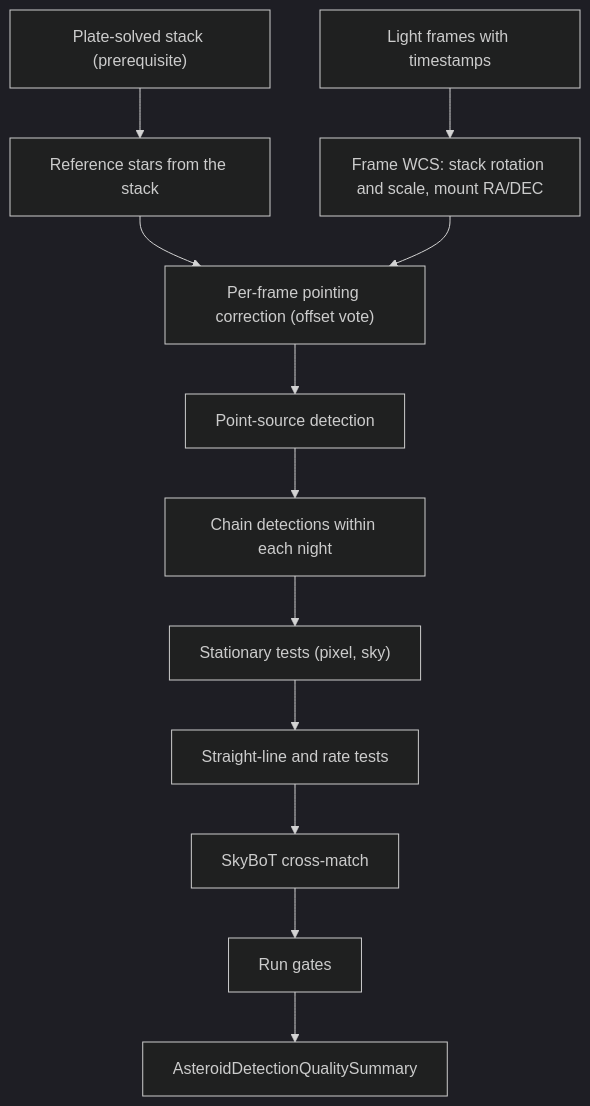
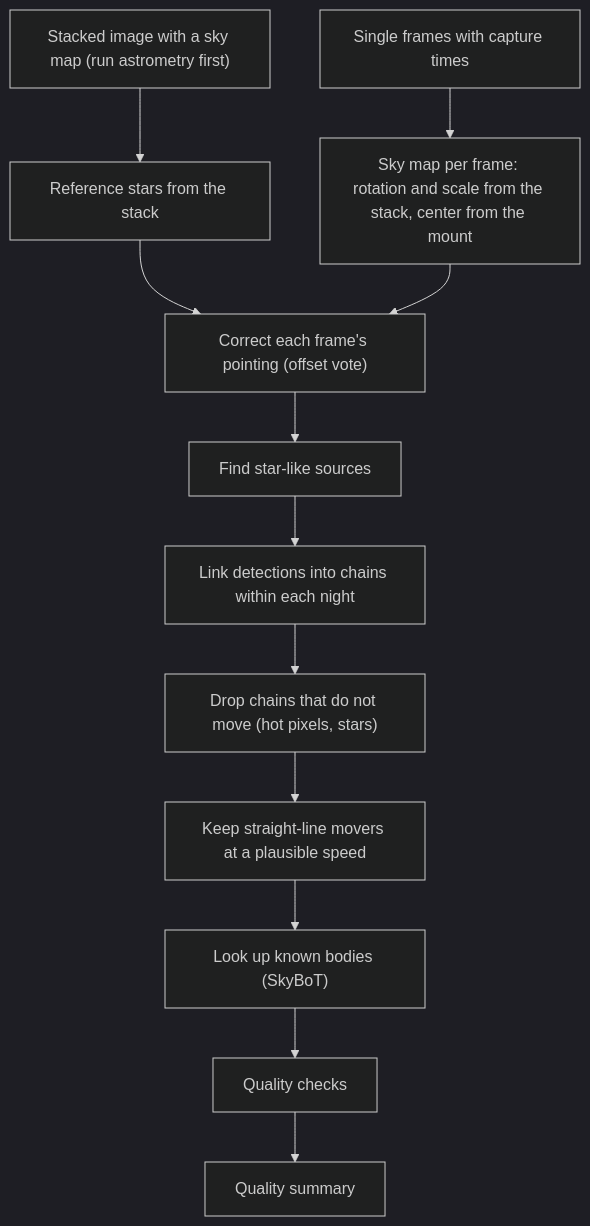
Before and after one commit to m1chae2/astrometrics: the diagram in documentation/library_design/pipelines/asteroid_detection.md, drawn with Mermaid (dark theme). The commit also changed other lines of this file and 37 other files, not shown here.

````diff
--- a/documentation/library_design/pipelines/asteroid_detection.md
+++ b/documentation/library_design/pipelines/asteroid_detection.md
@@ -20,14 +45,15 @@
 ```mermaid
 flowchart TD
-    A["Plate-solved stack (prerequisite)"] --> B["Reference stars from the stack"]
-    C["Light frames with timestamps"] --> D["Frame WCS: stack rotation and scale, mount RA/DEC"]
-    B --> E["Per-frame pointing correction (offset vote)"]
+    A["Stacked image with a sky map (run astrometry first)"] --> B["Reference stars from the stack"]
+    D["Sky map per frame: rotation and scale from the stack, center from the mount"]
+    C["Single frames with capture times"] --> D
+    B --> E["Correct each frame's pointing (offset vote)"]
     D --> E
-    E --> F["Point-source detection"]
-    F --> G["Chain detections within each night"]
-    G --> H["Stationary tests (pixel, sky)"]
-    H --> I["Straight-line and rate tests"]
-    I --> J["SkyBoT cross-match"]
-    J --> K["Run gates"]
-    K --> L["AsteroidDetectionQualitySummary"]
+    E --> F["Find star-like sources"]
+    F --> G["Link detections into chains within each night"]
+    G --> H["Drop chains that do not move (hot pixels, stars)"]
+    H --> I["Keep straight-line movers at a plausible speed"]
+    I --> J["Look up known bodies (SkyBoT)"]
+    J --> K["Quality checks"]
+    K --> L["Quality summary"]
 ```
````
